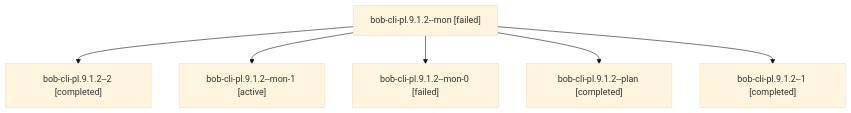
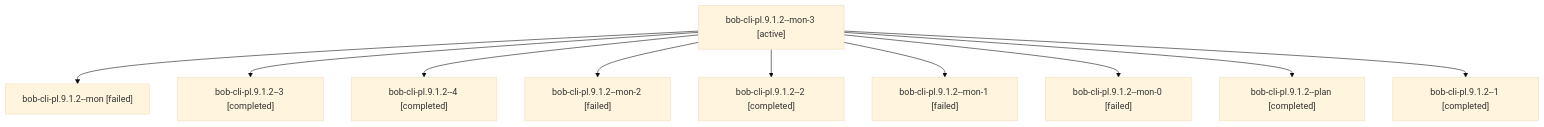
The diagram in sessions/bbugyi200.apollo.bob-cli-pl.9.1.2.md (bobs-org/bob-cli--agents), drawn with Mermaid (base theme) before and after one commit. The commit also changed other lines of this file and 133 other files, not shown here.

````diff
--- a/sessions/bbugyi200.apollo.bob-cli-pl.9.1.2.md
+++ b/sessions/bbugyi200.apollo.bob-cli-pl.9.1.2.md
@@ -9,14 +9,22 @@
 ```mermaid
 flowchart TD
-  n0["bob-cli-pl.9.1.2--mon [failed]"]
-  n1["bob-cli-pl.9.1.2--2 [completed]"]
+  n0["bob-cli-pl.9.1.2--mon-3 [active]"]
+  n1["bob-cli-pl.9.1.2--mon [failed]"]
   n0 --> n1
-  n2["bob-cli-pl.9.1.2--mon-1 [active]"]
+  n2["bob-cli-pl.9.1.2--3 [completed]"]
   n0 --> n2
-  n3["bob-cli-pl.9.1.2--mon-0 [failed]"]
+  n3["bob-cli-pl.9.1.2--4 [completed]"]
   n0 --> n3
-  n4["bob-cli-pl.9.1.2--plan [completed]"]
+  n4["bob-cli-pl.9.1.2--mon-2 [failed]"]
   n0 --> n4
-  n5["bob-cli-pl.9.1.2--1 [completed]"]
+  n5["bob-cli-pl.9.1.2--2 [completed]"]
   n0 --> n5
+  n6["bob-cli-pl.9.1.2--mon-1 [failed]"]
+  n0 --> n6
+  n7["bob-cli-pl.9.1.2--mon-0 [failed]"]
+  n0 --> n7
+  n8["bob-cli-pl.9.1.2--plan [completed]"]
+  n0 --> n8
+  n9["bob-cli-pl.9.1.2--1 [completed]"]
+  n0 --> n9
 ```
````
